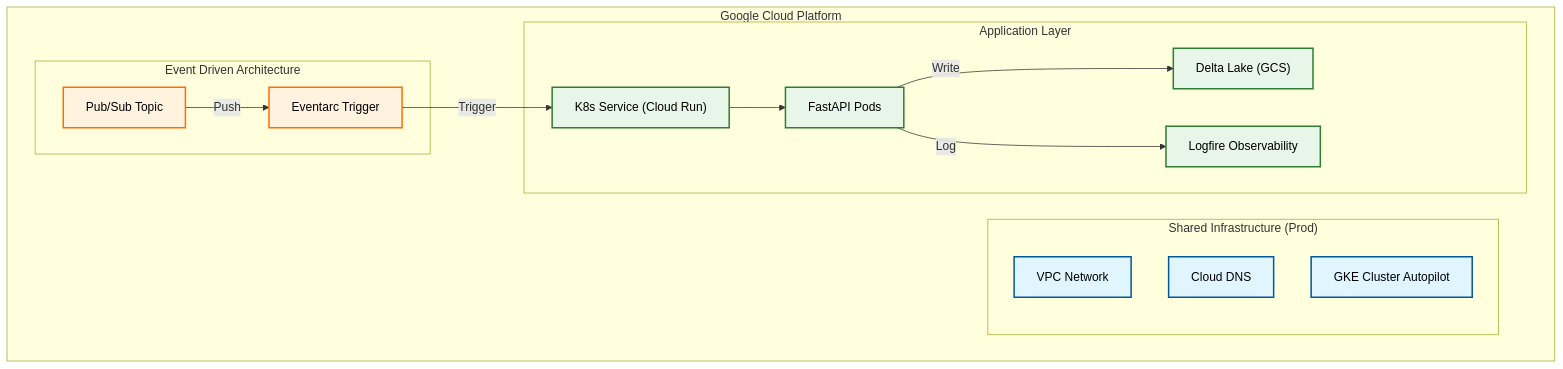
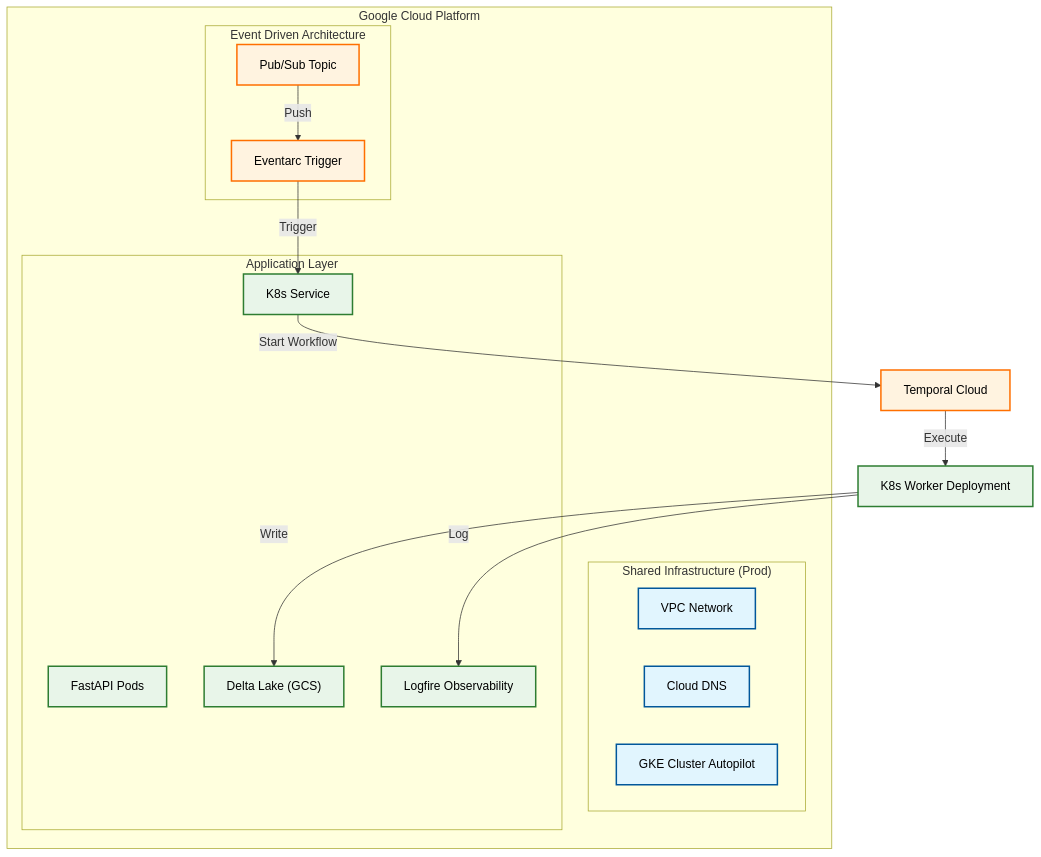
Before and after one commit to JonathanNdambaPro/gke-standard-cluster: the diagram in README.md, drawn with Mermaid. The commit also changed other lines of this file and 4 other files, not shown here.

````diff
--- a/README.md
+++ b/README.md
@@ -34,38 +33,40 @@
 ```mermaid
 graph TD
     subgraph GCP["Google Cloud Platform"]
         subgraph SharedInfra["Shared Infrastructure (Prod)"]
             VPC["VPC Network"]
             DNS["Cloud DNS"]
             GKE["GKE Cluster Autopilot"]
         end
 
         subgraph EventFlow["Event Driven Architecture"]
             PubSub["Pub/Sub Topic"]
             Eventarc["Eventarc Trigger"]
         end
 
         subgraph App["Application Layer"]
-            Service["K8s Service (Cloud Run)"]
+            Service["K8s Service"]
             Pods["FastAPI Pods"]
             Delta["Delta Lake (GCS)"]
             Logfire["Logfire Observability"]
         end
     end
 
     %% Relationships
     PubSub -->|Push| Eventarc
     Eventarc -->|Trigger| Service
-    Service --> Pods
-    Pods -->|Write| Delta
-    Pods -->|Log| Logfire
+    Service -->|Start Workflow| Temporal["Temporal Cloud"]
+    Temporal -->|Execute| Worker["K8s Worker Deployment"]
+    Worker -->|Write| Delta
+    Worker -->|Log| Logfire
 
     %% Styling
     classDef shared fill:#e1f5fe,stroke:#01579b,stroke-width:2px,color:#000;
     classDef event fill:#fff3e0,stroke:#ff6f00,stroke-width:2px,color:#000;
     classDef app fill:#e8f5e9,stroke:#2e7d32,stroke-width:2px,color:#000;
 
     class VPC,DNS,GKE shared;
     class PubSub,Eventarc event;
-    class Service,Pods,Delta,Logfire app;
+    class Service,Pods,Delta,Logfire,Worker app;
+    class Temporal event;
 ```
````
